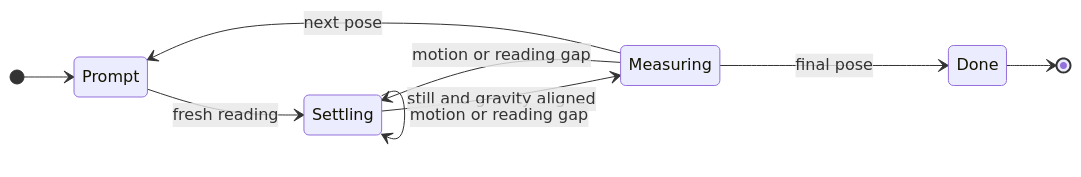
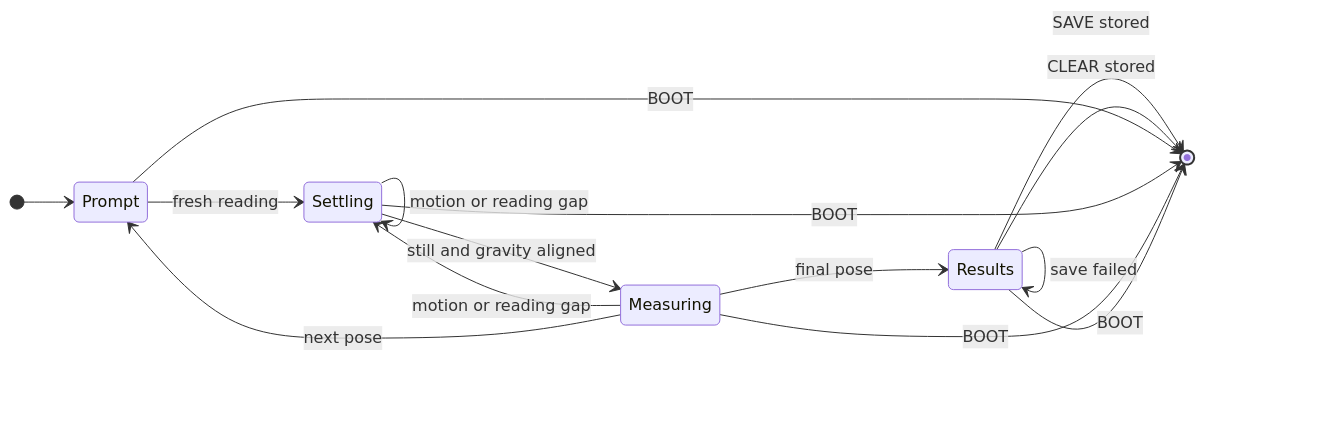
Before and after one commit to jose-villegas/autana: the diagram in docs/notes/Input-and-Sensors.md, drawn with Mermaid. The commit also changed other lines of this file and 13 other files, not shown here.

````diff
--- a/docs/notes/Input-and-Sensors.md
+++ b/docs/notes/Input-and-Sensors.md
@@ -87,12 +88,18 @@
 ```mermaid
 stateDiagram-v2
     direction LR
     [*] --> Prompt
     Prompt --> Settling: fresh reading
     Settling --> Measuring: still and gravity aligned
     Settling --> Settling: motion or reading gap
     Measuring --> Settling: motion or reading gap
     Measuring --> Prompt: next pose
-    Measuring --> Done: final pose
-    Done --> [*]
+    Measuring --> Results: final pose
+    Results --> [*]: SAVE stored
+    Results --> [*]: CLEAR stored
+    Results --> Results: save failed
+    Prompt --> [*]: BOOT
+    Settling --> [*]: BOOT
+    Measuring --> [*]: BOOT
+    Results --> [*]: BOOT
 ```
````
